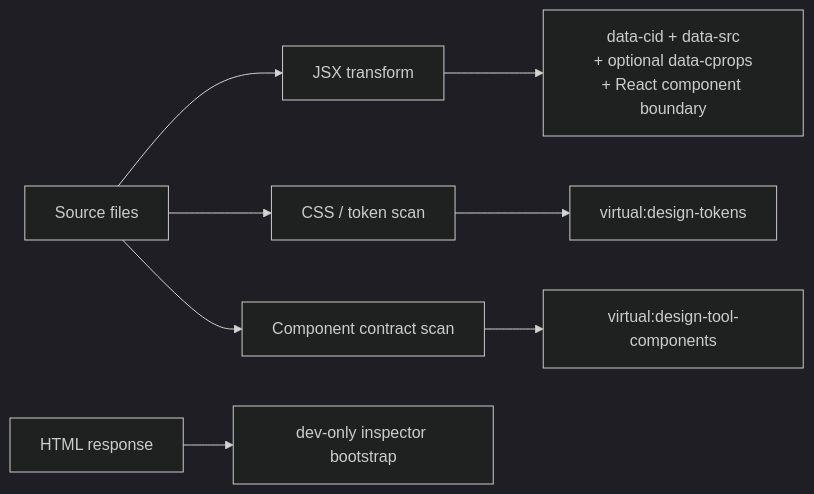
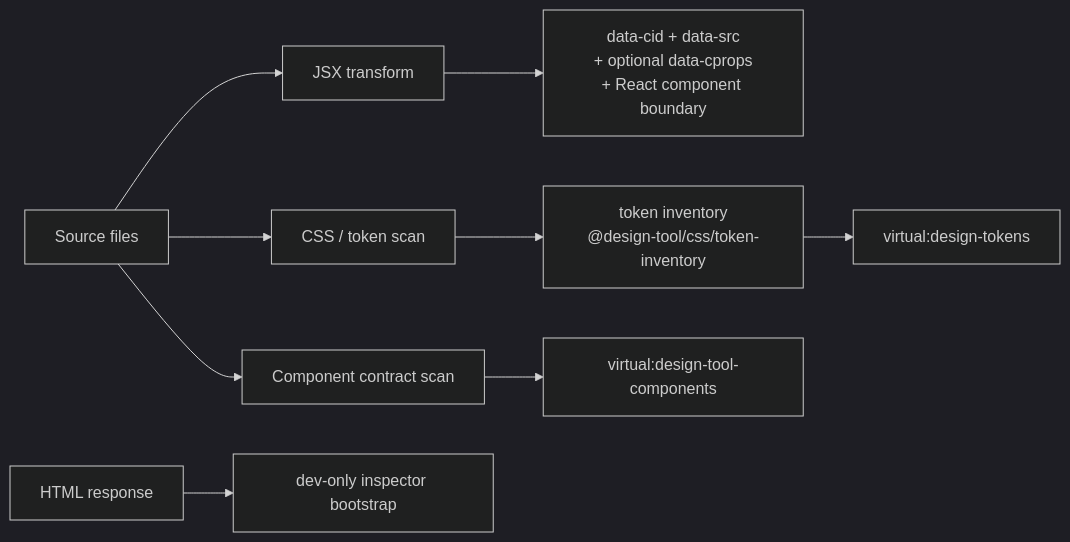
Before and after one commit to charlessmart/nudge-ui: the third of 9 diagrams in docs/architecture/inspector-mental-model.md, drawn with Mermaid (dark theme). The commit also changed other lines of this file and 18 other files, not shown here.

````diff
--- a/docs/architecture/inspector-mental-model.md
+++ b/docs/architecture/inspector-mental-model.md
@@ -62,11 +62,12 @@
 ```mermaid
 flowchart LR
   S["Source files"] --> T["JSX transform"]
   S --> P["CSS / token scan"]
   S --> C["Component contract scan"]
 
   T --> I["data-cid + data-src\n+ optional data-cprops\n+ React component boundary"]
-  P --> V["virtual:design-tokens"]
+  P --> INV["token inventory\n@design-tool/css/token-inventory"]
+  INV --> V["virtual:design-tokens"]
   C --> M["virtual:design-tool-components"]
   H["HTML response"] --> B["dev-only inspector bootstrap"]
 ```
````
